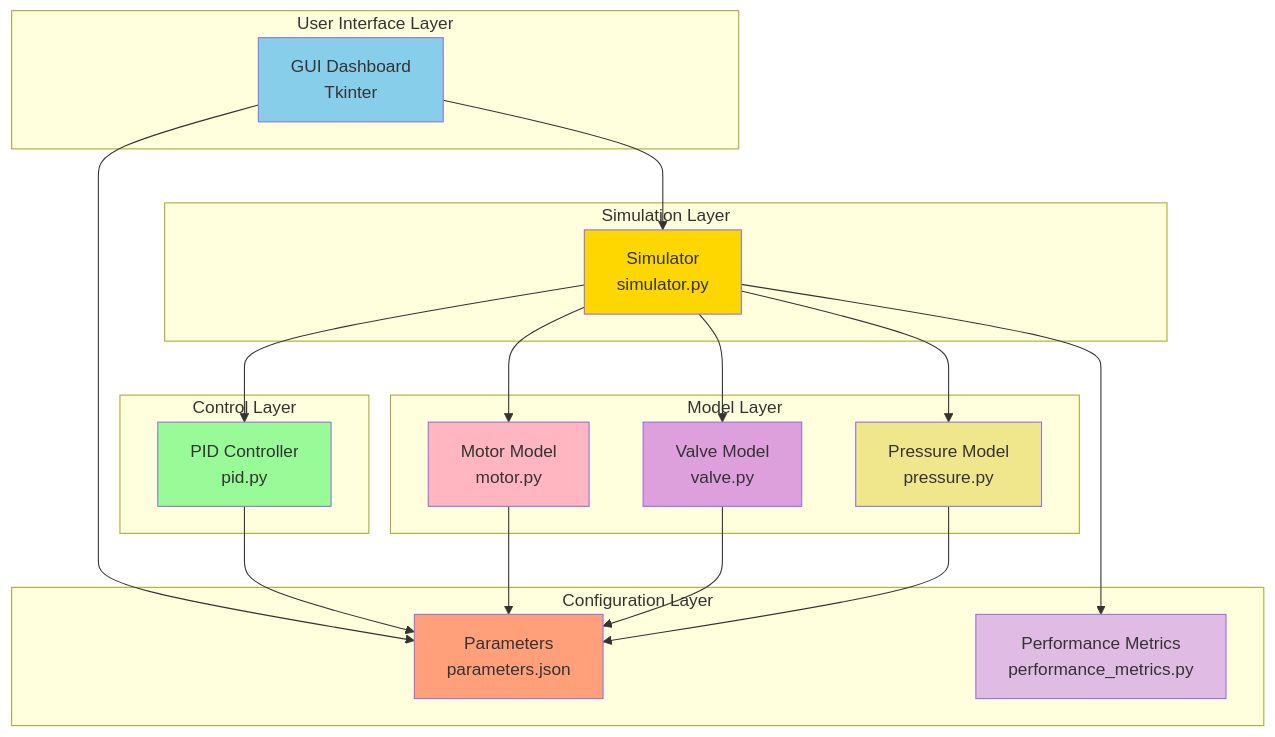
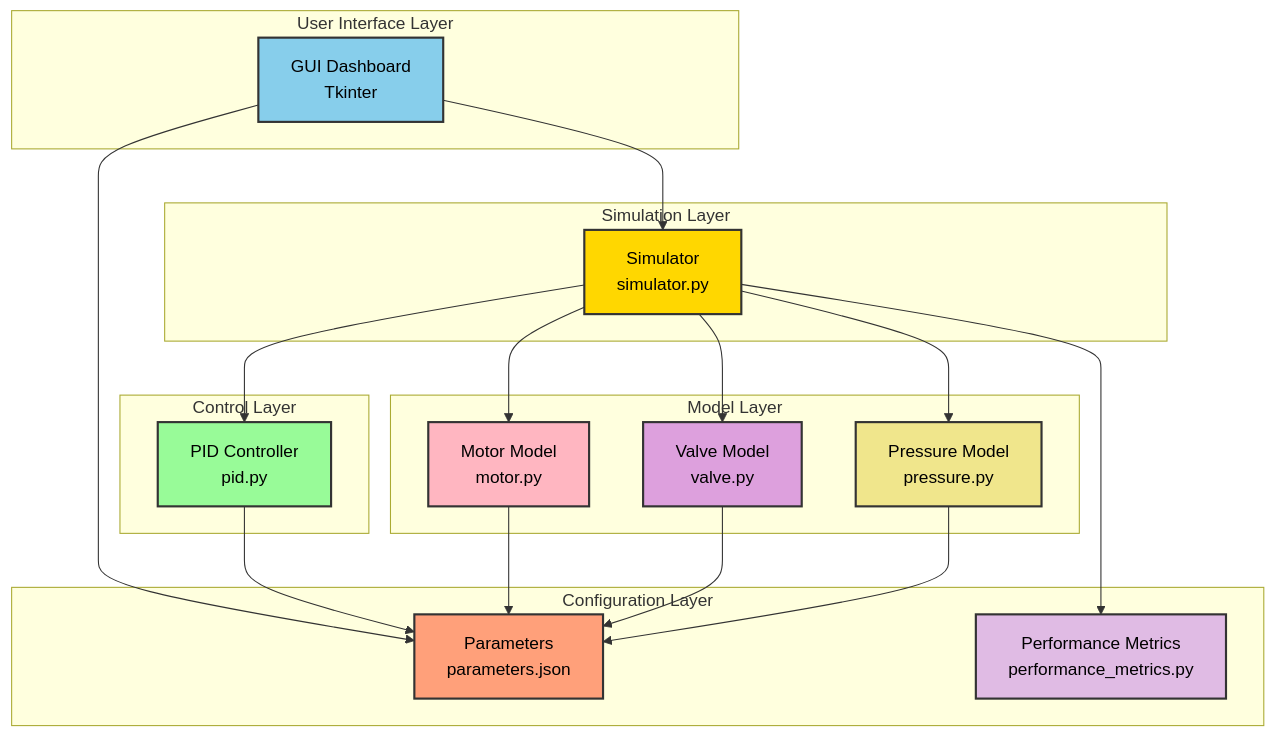
One commit to chetan0021/pressure_regulation changed the fifth of 5 diagrams in README.md. Above: the diagram before and after it, drawn with Mermaid. The commit also changed other lines of this file, not shown here.

Commit message:
Fix Mermaid diagram text visibility with better contrast

````diff
--- a/README.md
+++ b/README.md
@@ -159,46 +159,46 @@
 ```mermaid
 graph TB
     subgraph "User Interface Layer"
         GUI[GUI Dashboard<br/>Tkinter]
     end
     
     subgraph "Control Layer"
         PID[PID Controller<br/>pid.py]
     end
     
     subgraph "Simulation Layer"
         SIM[Simulator<br/>simulator.py]
     end
     
     subgraph "Model Layer"
         MOTOR[Motor Model<br/>motor.py]
         VALVE[Valve Model<br/>valve.py]
         PRESSURE[Pressure Model<br/>pressure.py]
     end
     
     subgraph "Configuration Layer"
         CONFIG[Parameters<br/>parameters.json]
         UTILS[Performance Metrics<br/>performance_metrics.py]
     end
     
     GUI --> SIM
     GUI --> CONFIG
     SIM --> PID
     SIM --> MOTOR
     SIM --> VALVE
     SIM --> PRESSURE
     PID --> CONFIG
     MOTOR --> CONFIG
     VALVE --> CONFIG
     PRESSURE --> CONFIG
     SIM --> UTILS
     
-    style GUI fill:#87CEEB
-    style PID fill:#98FB98
-    style SIM fill:#FFD700
-    style MOTOR fill:#FFB6C1
-    style VALVE fill:#DDA0DD
-    style PRESSURE fill:#F0E68C
-    style CONFIG fill:#FFA07A
-    style UTILS fill:#E0BBE4
+    style GUI fill:#87CEEB,stroke:#333,stroke-width:2px,color:#000
+    style PID fill:#98FB98,stroke:#333,stroke-width:2px,color:#000
+    style SIM fill:#FFD700,stroke:#333,stroke-width:2px,color:#000
+    style MOTOR fill:#FFB6C1,stroke:#333,stroke-width:2px,color:#000
+    style VALVE fill:#DDA0DD,stroke:#333,stroke-width:2px,color:#000
+    style PRESSURE fill:#F0E68C,stroke:#333,stroke-width:2px,color:#000
+    style CONFIG fill:#FFA07A,stroke:#333,stroke-width:2px,color:#000
+    style UTILS fill:#E0BBE4,stroke:#333,stroke-width:2px,color:#000
 ```
````
